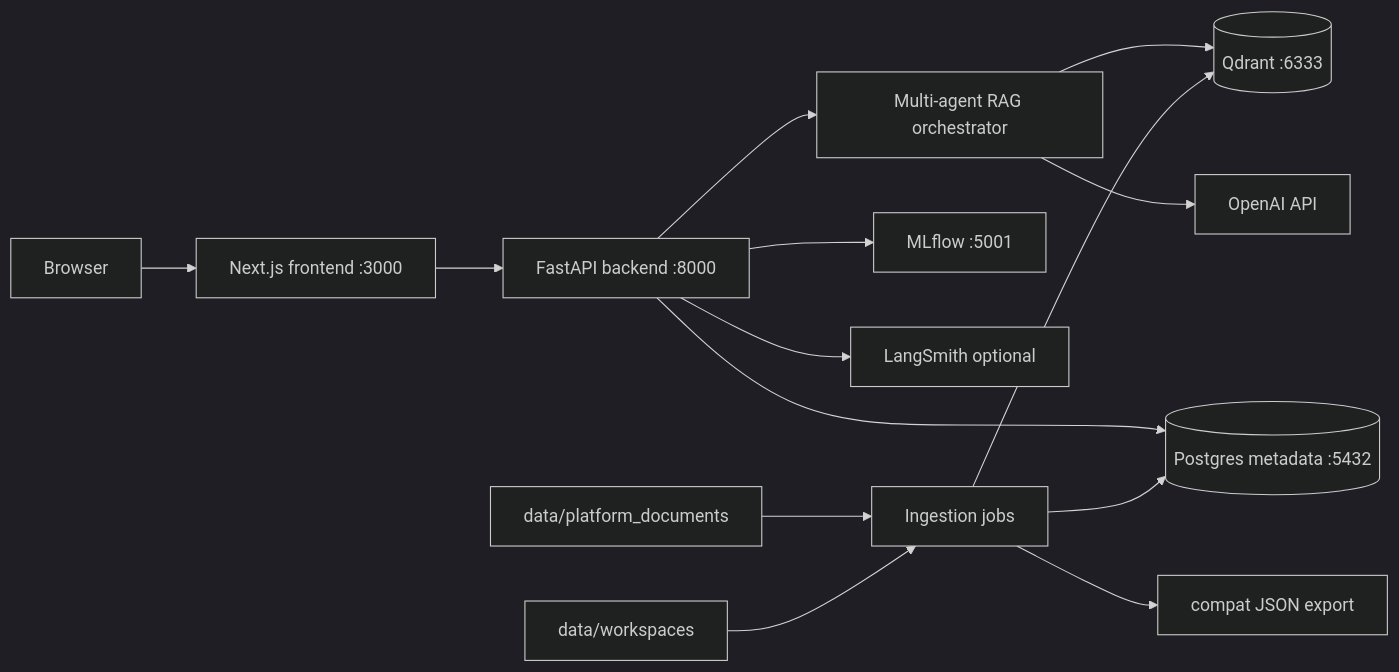
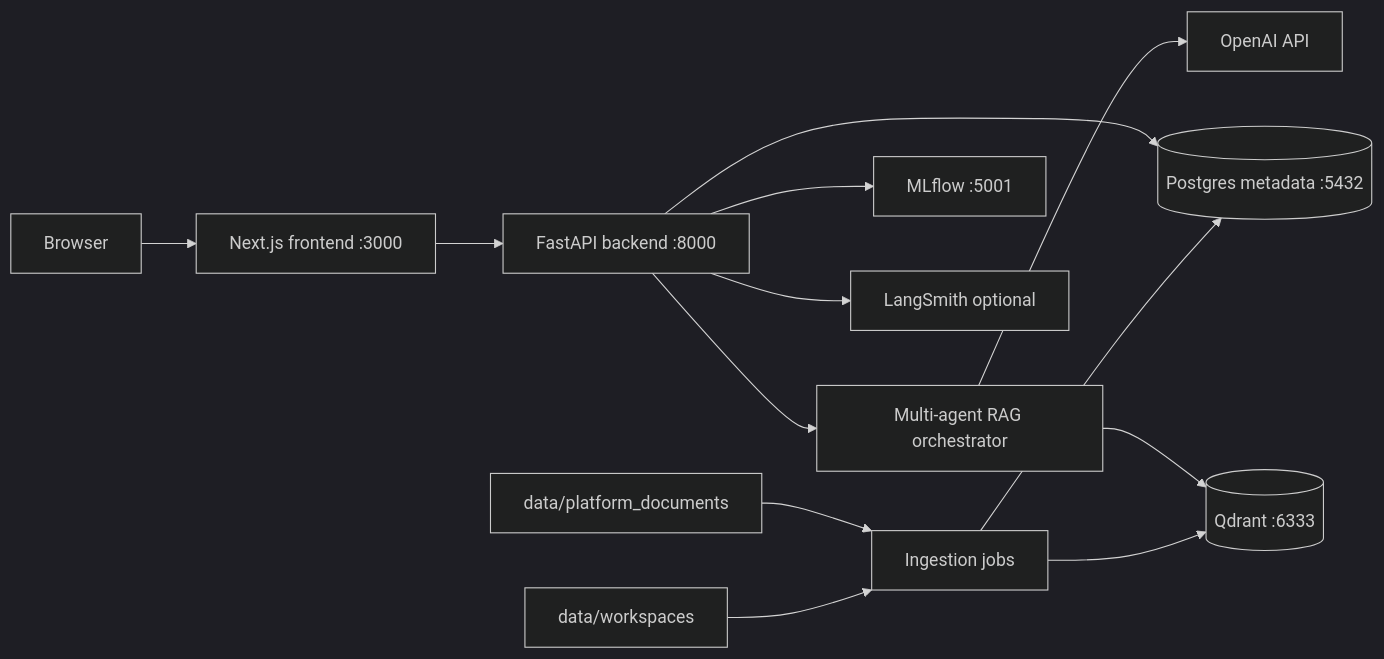
The diagram in docs/ARCHITECTURE.md (manishfromlko/Prism), drawn with Mermaid (dark theme) before and after one commit. The commit also changed other lines of this file and 25 other files, not shown here.

Commit message:
Remove JSON catalog dependency | Enforce Postgres metadata source of truth | Scalable Metadata Architecture

````diff
--- a/docs/ARCHITECTURE.md
+++ b/docs/ARCHITECTURE.md
@@ -3,16 +3,15 @@
 ```mermaid
 flowchart LR
     user[Browser] --> frontend[Next.js frontend :3000]
     frontend --> api[FastAPI backend :8000]
     api --> agents[Multi-agent RAG orchestrator]
     api --> postgres[(Postgres metadata :5432)]
     agents --> qdrant[(Qdrant :6333)]
     agents --> openai[OpenAI API]
     api --> mlflow[MLflow :5001]
     api --> langsmith[LangSmith optional]
     ingestion[Ingestion jobs] --> postgres
-    ingestion --> catalog[compat JSON export]
     ingestion --> qdrant
     docs[data/platform_documents] --> ingestion
     workspaces[data/workspaces] --> ingestion
 ```
````
